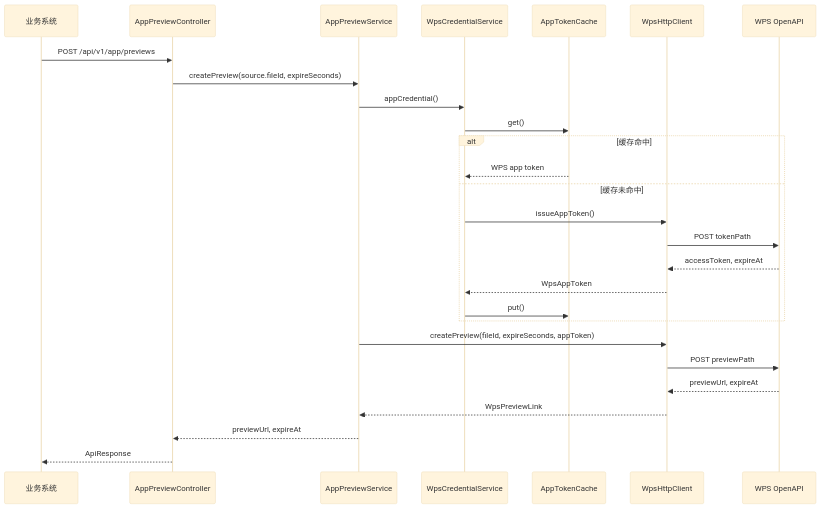
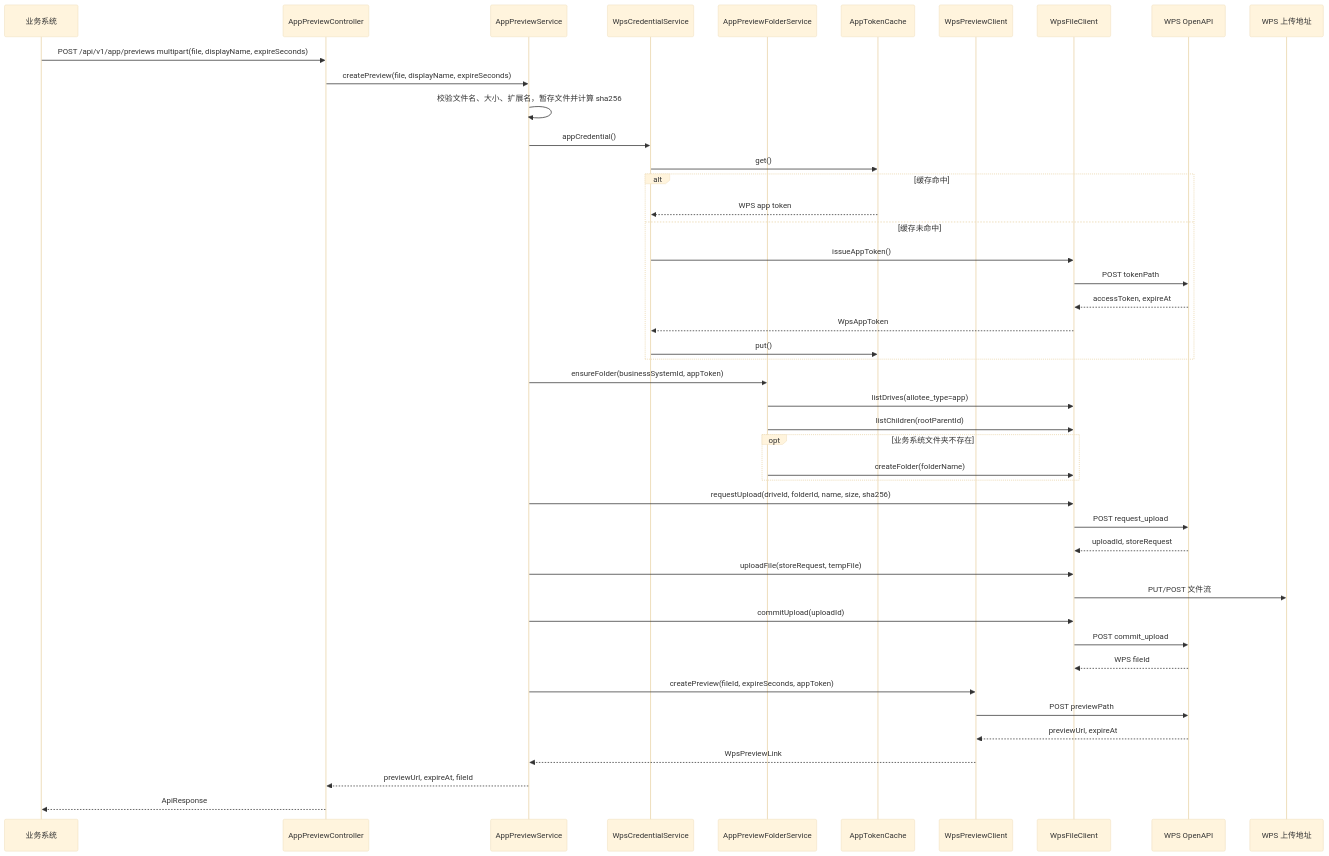
The third of 6 diagrams in docs/core-flows.zh-CN.md (a1351995160/yungateway-minimal-token-wps), drawn with Mermaid (base theme) before and after one commit. The commit also changed other lines of this file and 116 other files, not shown here.

First line of the commit message:
feat: support WPS user auth and app preview upload

````diff
--- a/docs/core-flows.zh-CN.md
+++ b/docs/core-flows.zh-CN.md
@@ -67,30 +69,48 @@
 ```mermaid
 sequenceDiagram
     participant B as 业务系统
     participant C as AppPreviewController
     participant S as AppPreviewService
     participant G as WpsCredentialService
+    participant F as AppPreviewFolderService
     participant T as AppTokenCache
-    participant W as WpsHttpClient
+    participant P as WpsPreviewClient
+    participant W as WpsFileClient
     participant O as WPS OpenAPI
+    participant U as WPS 上传地址
 
-    B->>C: POST /api/v1/app/previews
-    C->>S: createPreview(source.fileId, expireSeconds)
+    B->>C: POST /api/v1/app/previews multipart(file, displayName, expireSeconds)
+    C->>S: createPreview(file, displayName, expireSeconds)
+    S->>S: 校验文件名、大小、扩展名，暂存文件并计算 sha256
     S->>G: appCredential()
     G->>T: get()
     alt 缓存命中
         T-->>G: WPS app token
     else 缓存未命中
         G->>W: issueAppToken()
         W->>O: POST tokenPath
         O-->>W: accessToken, expireAt
         W-->>G: WpsAppToken
         G->>T: put()
     end
-    S->>W: createPreview(fileId, expireSeconds, appToken)
-    W->>O: POST previewPath
-    O-->>W: previewUrl, expireAt
-    W-->>S: WpsPreviewLink
-    S-->>C: previewUrl, expireAt
+    S->>F: ensureFolder(businessSystemId, appToken)
+    F->>W: listDrives(allotee_type=app)
+    F->>W: listChildren(rootParentId)
+    opt 业务系统文件夹不存在
+        F->>W: createFolder(folderName)
+    end
+    S->>W: requestUpload(driveId, folderId, name, size, sha256)
+    W->>O: POST request_upload
+    O-->>W: uploadId, storeRequest
+    S->>W: uploadFile(storeRequest, tempFile)
+    W->>U: PUT/POST 文件流
+    S->>W: commitUpload(uploadId)
+    W->>O: POST commit_upload
+    O-->>W: WPS fileId
+    S->>P: createPreview(fileId, expireSeconds, appToken)
+    P->>O: POST previewPath
+    O-->>P: previewUrl, expireAt
+    P-->>S: WpsPreviewLink
+    S-->>C: previewUrl, expireAt, fileId
     C-->>B: ApiResponse
 ```
````
